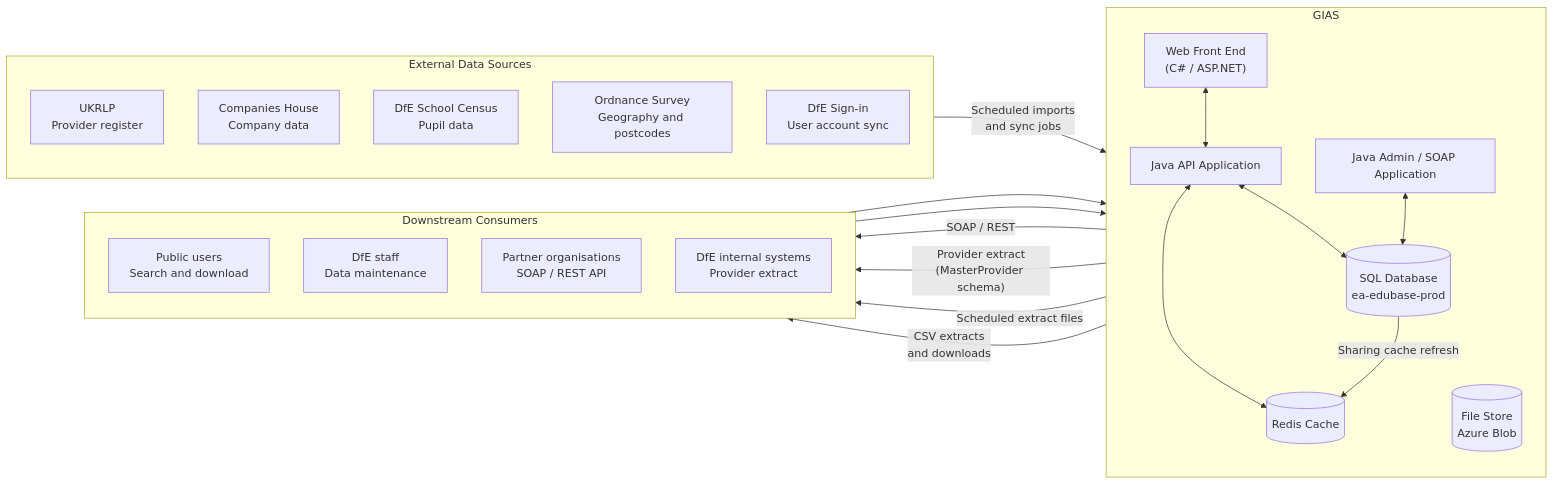
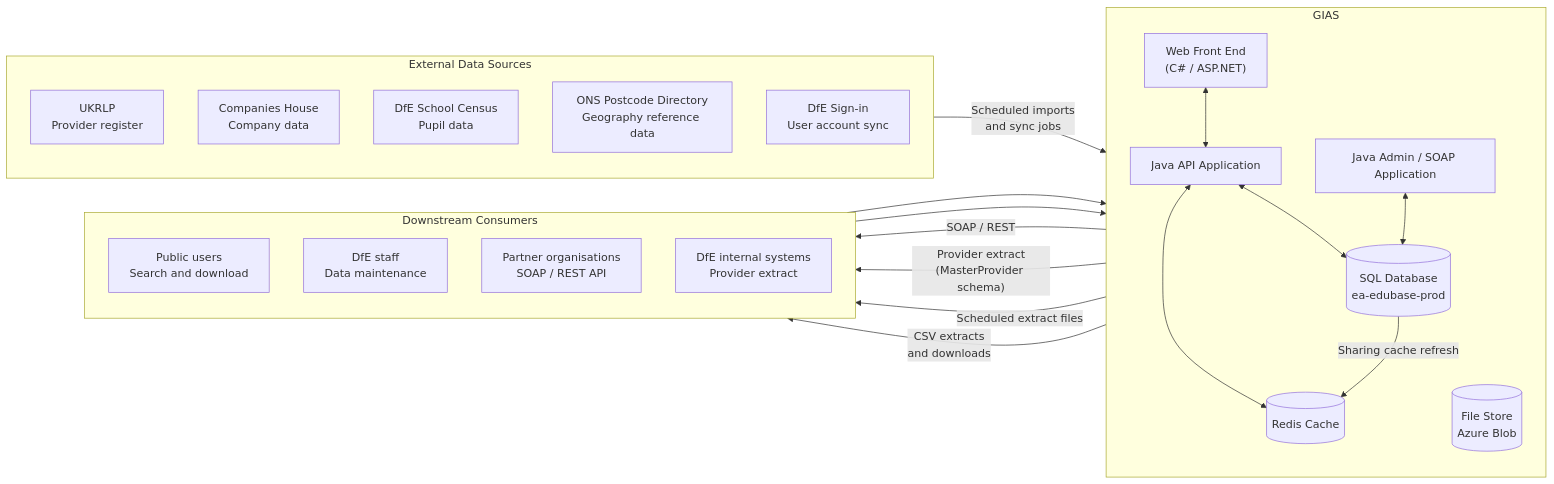
One commit to DFE-Digital/get-information-about-schools changed the diagram in documentation/operations/data/data-architecture/overview.md. Above: the diagram before and after it, drawn with Mermaid. The commit also changed other lines of this file and 2 other files, not shown here.

Commit message:
ons clarity

````diff
--- a/documentation/operations/data/data-architecture/overview.md
+++ b/documentation/operations/data/data-architecture/overview.md
@@ -49,42 +49,42 @@
 ```mermaid
 flowchart LR
     subgraph sources["External Data Sources"]
         direction TB
         UKRLP["UKRLP\nProvider register"]
         CH["Companies House\nCompany data"]
         Census["DfE School Census\nPupil data"]
-        OS["Ordnance Survey\nGeography and postcodes"]
+        ONS["ONS Postcode Directory\nGeography reference data"]
         DSI["DfE Sign-in\nUser account sync"]
     end
 
     subgraph gias["GIAS"]
         direction TB
         FE["Web Front End\n(C# / ASP.NET)"]
         API["Java API Application"]
         Admin["Java Admin / SOAP Application"]
         DB[("SQL Database\nea-edubase-prod")]
         Cache[("Redis Cache")]
         FileStore[("File Store\nAzure Blob")]
     end
 
     subgraph consumers["Downstream Consumers"]
         direction TB
         PublicUsers["Public users\nSearch and download"]
         DfEStaff["DfE staff\nData maintenance"]
         Partners["Partner organisations\nSOAP / REST API"]
         DfESystems["DfE internal systems\nProvider extract"]
     end
 
     sources -->|"Scheduled imports\nand sync jobs"| gias
     DfEStaff --> FE
     PublicUsers --> FE
     FE <--> API
     API <--> DB
     API <--> Cache
     Admin <--> DB
     gias -->|"CSV extracts\nand downloads"| PublicUsers
     Admin -->|"SOAP / REST"| Partners
     DB -->|"Provider extract\n(MasterProvider schema)"| DfESystems
     DB -->|"Sharing cache refresh"| Cache
     FileStore -->|"Scheduled extract files"| PublicUsers
 ```
````
